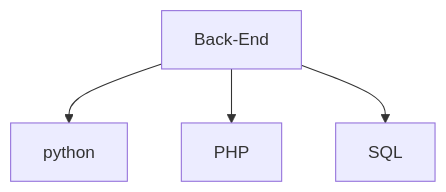
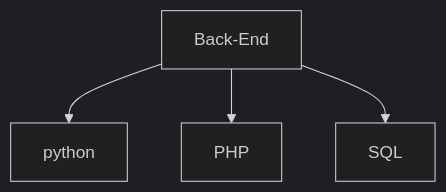
The second of 2 diagrams in README.md (gonzaloiankaleb/gonzaloiankaleb), drawn with Mermaid before and after one commit. The commit also changed other lines of this file, not shown here.

````diff
--- a/README.md
+++ b/README.md
@@ -29,6 +30,7 @@
 ```mermaid
-graph TD;
+  %%{init: {'theme': 'dark'}}%%
+  graph TD;
     Back-End-->python;
     Back-End-->PHP;
     Back-End-->SQL;
 ```
````
